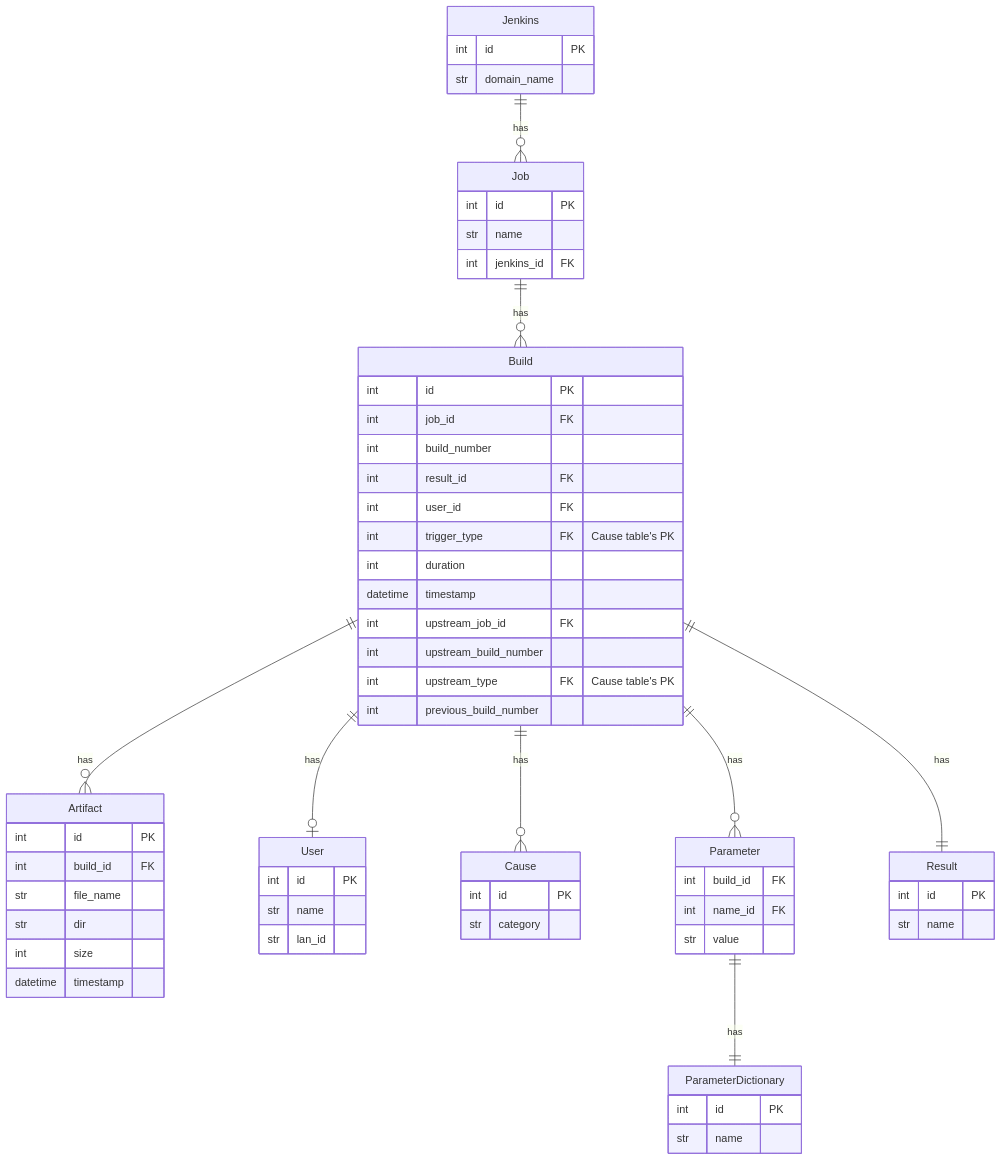
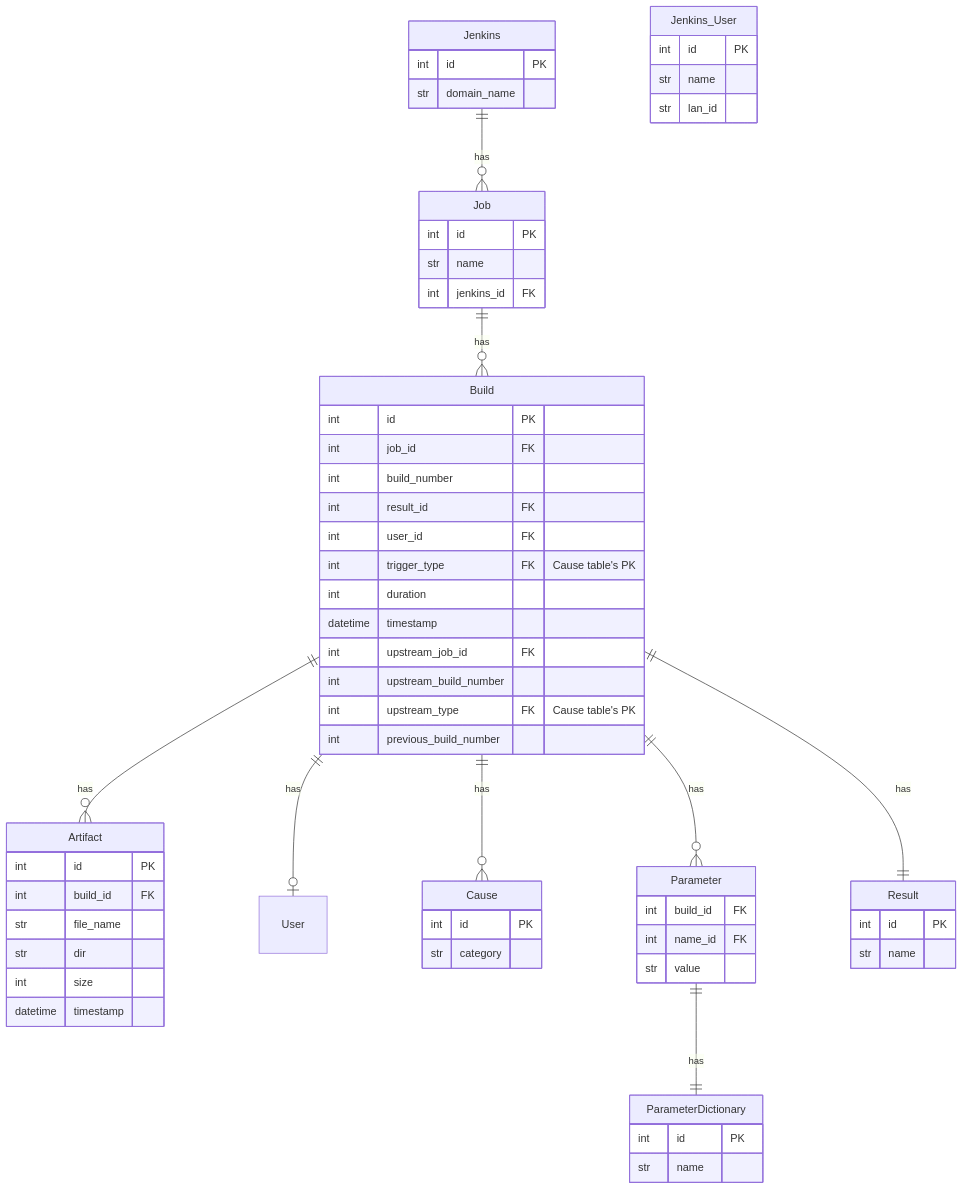
The diagram in README.md (maxleow/duck_jenkins), drawn with Mermaid before and after one commit.

Commit message:
adding corrected the user table name

````diff
--- a/README.md
+++ b/README.md
@@ -39,64 +39,64 @@
 ```mermaid
 erDiagram
     Jenkins ||--o{ Job: has
     Job ||--o{ Build: has
     Build ||--o{ Artifact: has
     Build ||--o| User: has
     Build ||--o{ Cause: has
     Build ||--o{ Parameter: has
     Build ||--|| Result: has
     Parameter ||--|| ParameterDictionary: has
     Jenkins{
         int id PK
         str domain_name
     }
     Job{
         int id  PK
         str name
         int jenkins_id FK
     }
     Result{
         int id PK
         str name
     }
-    User{
+    Jenkins_User{
         int id PK
         str name
         str lan_id
     }
     Cause{
         int id PK
         str category
     }
     Build{
         int id               PK
         int job_id           FK
         int build_number
         int result_id        FK
         int user_id          FK 
         int trigger_type     FK "Cause table's PK"
         int duration
         datetime timestamp
         int upstream_job_id FK
         int upstream_build_number
         int upstream_type   FK "Cause table's PK"
         int previous_build_number
     }
     ParameterDictionary{
         int id PK
         str name
     }
     Parameter{
         int build_id FK
         int name_id  FK
         str value
     }
     Artifact{
         int id        PK
         int build_id  FK
         str file_name
         str dir
         int size
         datetime timestamp
     }
 ```
````
